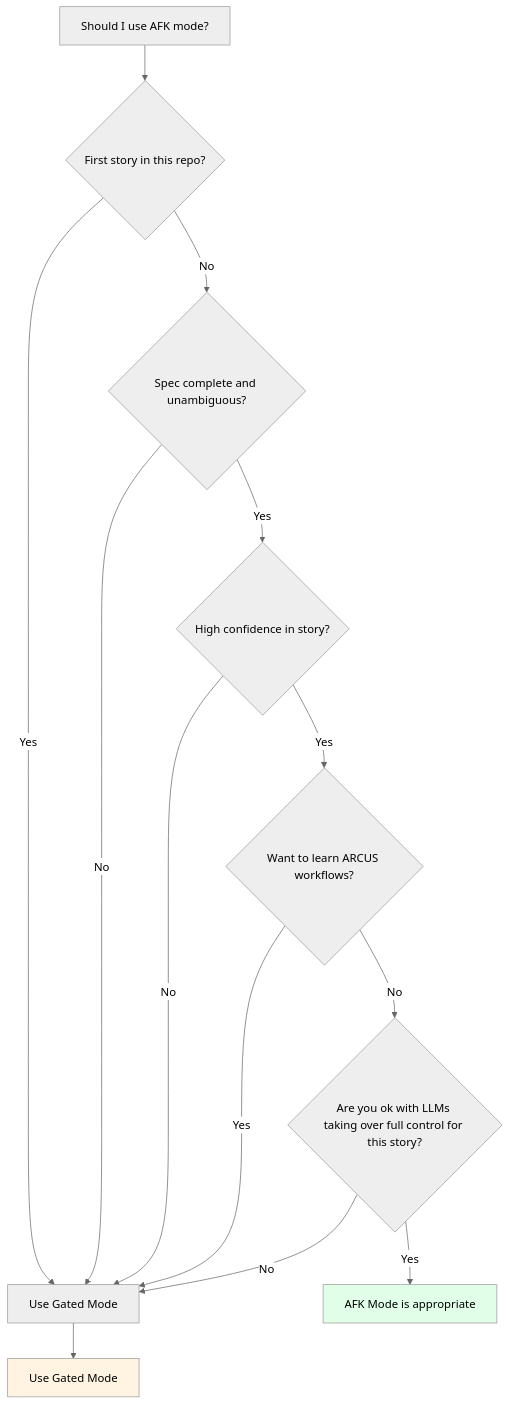
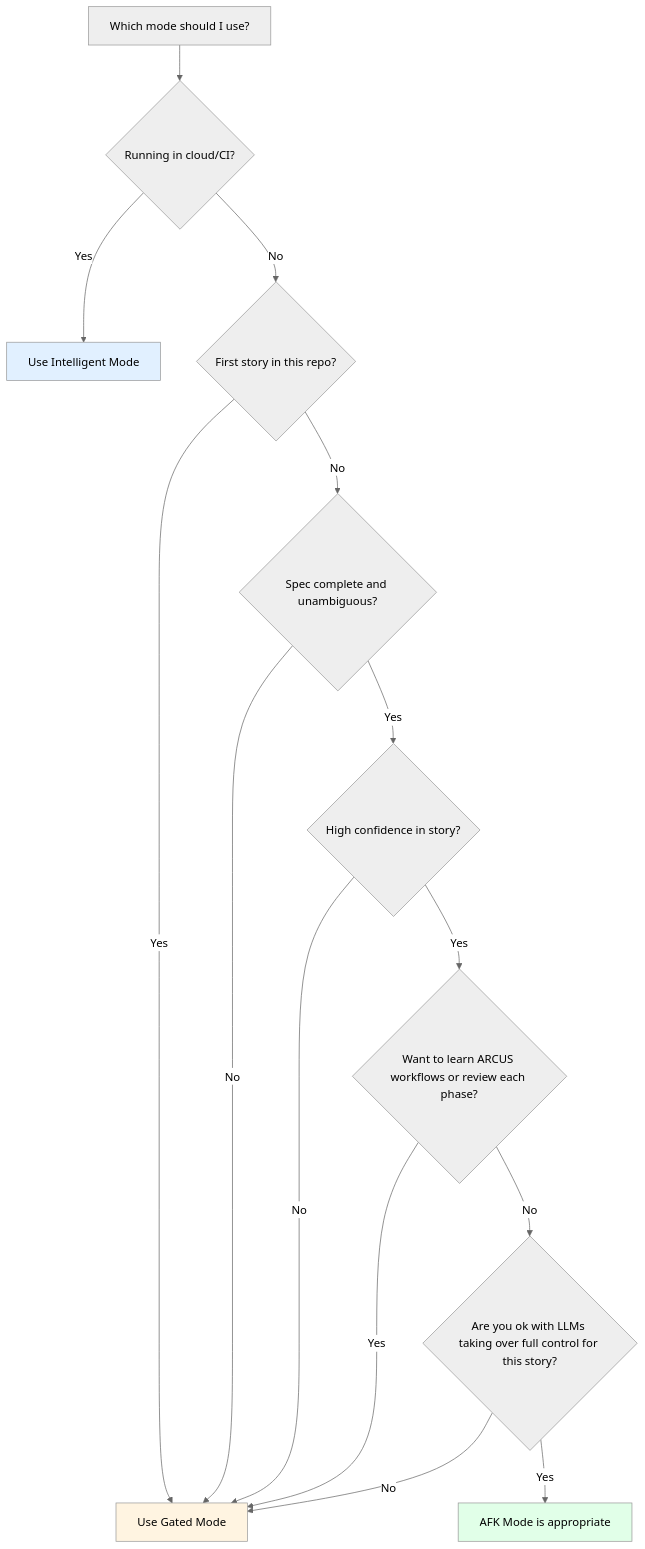
The diagram in site/concepts/modes.md (piyushbhargava1412/arcus-plugin), drawn with Mermaid (neutral theme) before and after one commit. The commit also changed other lines of this file and 28 other files, not shown here.

````diff
--- a/site/concepts/modes.md
+++ b/site/concepts/modes.md
@@ -71,19 +123,20 @@
 ```mermaid
 graph TD
-    A[Should I use AFK mode?] --> B{First story in this repo?}
-    B -->|Yes| C[Use Gated Mode]
-    B -->|No| D{Spec complete and unambiguous?}
-    D -->|No| C
+    A[Which mode should I use?] --> B{Running in cloud/CI?}
+    B -->|Yes| CI[Use Intelligent Mode]
+    B -->|No| C{First story in this repo?}
+    C -->|Yes| G[Use Gated Mode]
+    C -->|No| D{Spec complete and unambiguous?}
+    D -->|No| G
     D -->|Yes| E{High confidence in story?}
-    E -->|No| C
-    E -->|Yes| F{Want to learn ARCUS workflows?}
-    F -->|Yes| C
-    F -->|No| G{Are you ok with LLMs taking over full control for this story?}
-    G -->|No| C
-    G -->|Yes| H[AFK Mode is appropriate]
+    E -->|No| G
+    E -->|Yes| F{Want to learn ARCUS workflows or review each phase?}
+    F -->|Yes| G
+    F -->|No| H{Are you ok with LLMs taking over full control for this story?}
+    H -->|No| G
+    H -->|Yes| AFK[AFK Mode is appropriate]
 
-    C --> I[Use Gated Mode]
-
-    style H fill:#e1ffe8
-    style I fill:#fff4e1
+    style AFK fill:#e1ffe8
+    style G fill:#fff4e1
+    style CI fill:#e1f0ff
 ```
````
